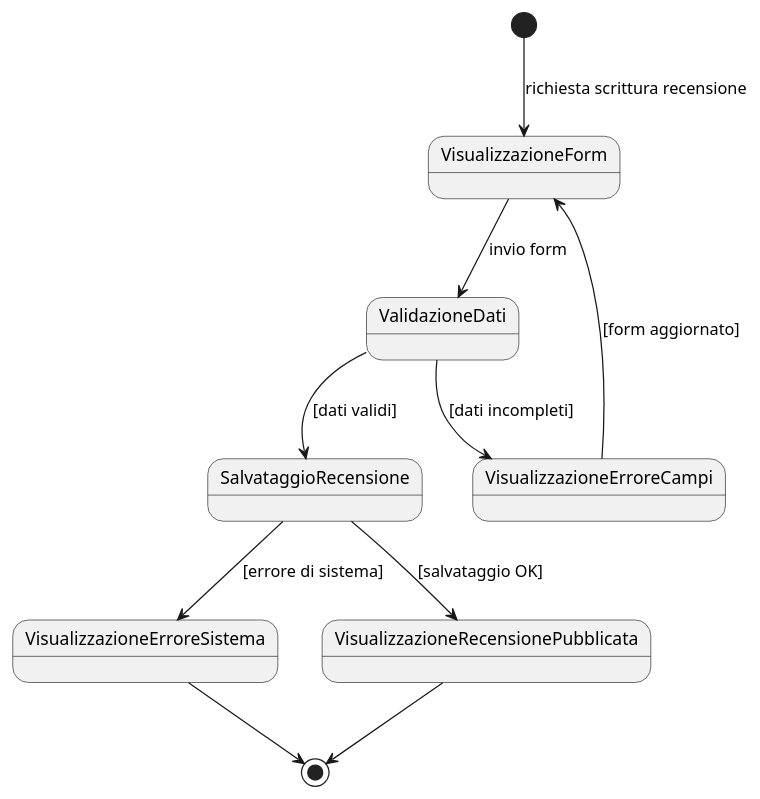
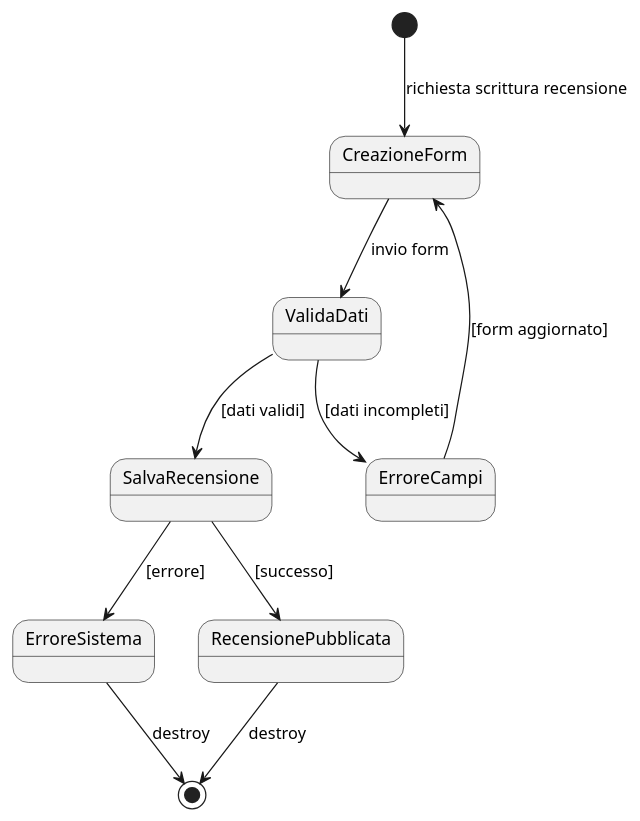
The diagram in RAD/src/SCD/SCD_GR_2.wsd (rdelvacchio/AmplyMus), drawn with PlantUML before and after one commit. The commit also changed 3 other files, not shown here.

```diff
--- a/RAD/src/SCD/SCD_GR_2.wsd
+++ b/RAD/src/SCD/SCD_GR_2.wsd
@@ -1,16 +1,16 @@
 @startuml
-[*] --> VisualizzazioneForm : richiesta scrittura recensione
+[*] --> CreazioneForm : richiesta scrittura recensione
 
-VisualizzazioneForm --> ValidazioneDati : invio form
+CreazioneForm --> ValidaDati : invio form
 
-ValidazioneDati --> VisualizzazioneErroreCampi : [dati incompleti]
-VisualizzazioneErroreCampi --> VisualizzazioneForm : [form aggiornato]
+ValidaDati --> ErroreCampi : [dati incompleti]
+ErroreCampi --> CreazioneForm : [form aggiornato]
 
-ValidazioneDati --> SalvataggioRecensione : [dati validi]
+ValidaDati --> SalvaRecensione : [dati validi]
 
-SalvataggioRecensione --> VisualizzazioneErroreSistema : [errore di sistema]
-SalvataggioRecensione --> VisualizzazioneRecensionePubblicata : [salvataggio OK]
+SalvaRecensione --> ErroreSistema : [errore]
+SalvaRecensione --> RecensionePubblicata : [successo]
 
-VisualizzazioneErroreSistema --> [*]
-VisualizzazioneRecensionePubblicata --> [*]
+ErroreSistema -->  [*] : destroy
+RecensionePubblicata --> [*] : destroy
 @enduml
```
